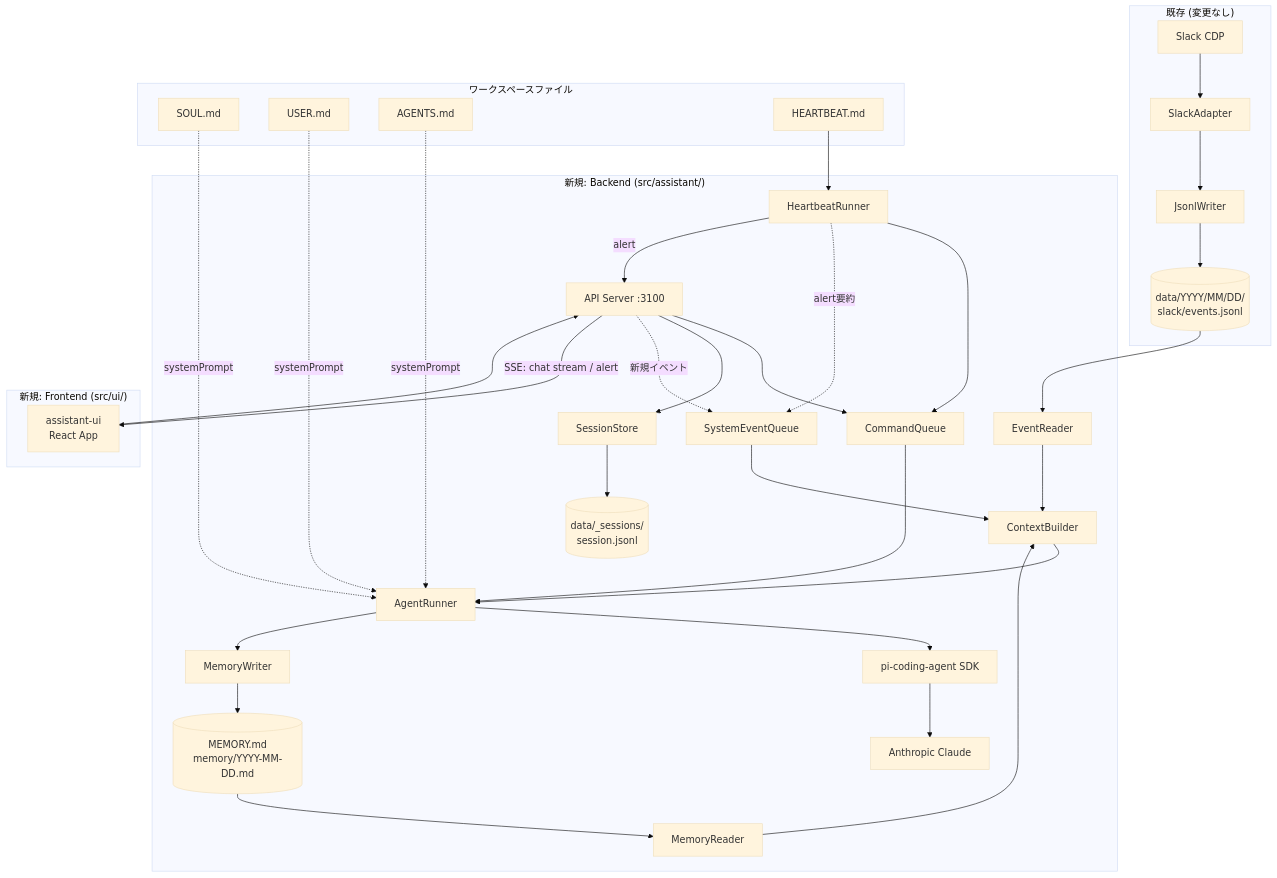
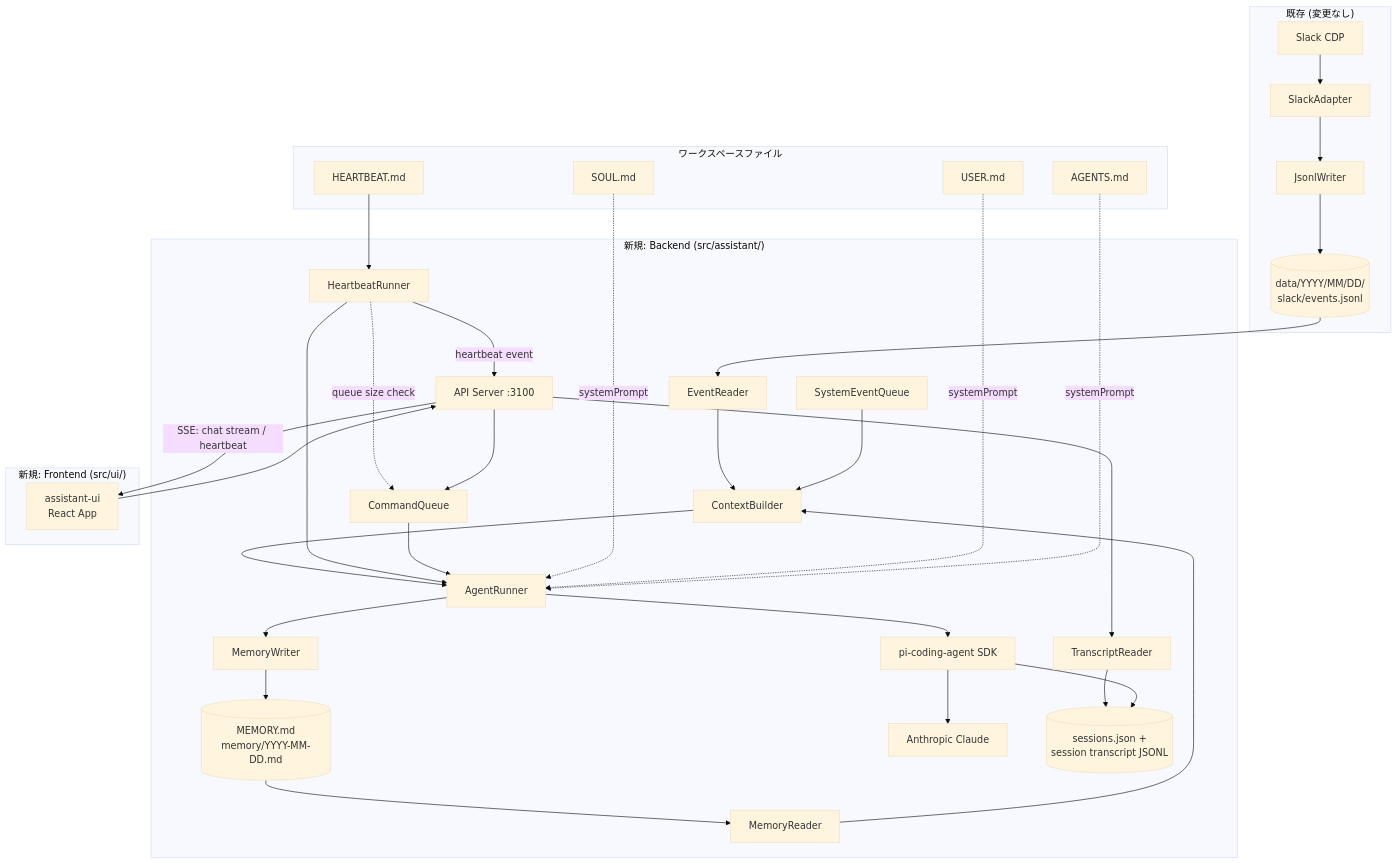
Before and after one commit to masahide/adjutant: the first of 5 diagrams in doc/plan/260214-s01-ai-assistant-mvp.md, drawn with Mermaid (base theme). The commit also changed other lines of this file, not shown here.

````diff
--- a/doc/plan/260214-s01-ai-assistant-mvp.md
+++ b/doc/plan/260214-s01-ai-assistant-mvp.md
@@ -955,46 +940,46 @@
 ```mermaid
 graph TD
     subgraph "既存 (変更なし)"
         CDP[Slack CDP] --> SA[SlackAdapter]
         SA --> JW[JsonlWriter]
         JW --> JSONL[(data/YYYY/MM/DD/<br/>slack/events.jsonl)]
     end
 
     subgraph "新規: Backend (src/assistant/)"
         JSONL --> ER[EventReader]
         ER --> CB[ContextBuilder]
         SEQ[SystemEventQueue] --> CB
         MEM[(MEMORY.md<br/>memory/YYYY-MM-DD.md)] --> MR[MemoryReader]
         MR --> CB
         CB --> AR[AgentRunner]
-        HB[HeartbeatRunner] --> CQ[CommandQueue]
+        HB[HeartbeatRunner] -. "queue size check" .-> CQ[CommandQueue]
+        HB --> AR
         API[API Server :3100] --> CQ
         CQ --> AR
         AR --> SDK["pi-coding-agent SDK"]
         SDK --> LLM[Anthropic Claude]
         AR --> MW[MemoryWriter]
         MW --> MEM
-        API --> SS[SessionStore]
-        SS --> SESS[(data/_sessions/<br/>session.jsonl)]
+        API --> TR[TranscriptReader]
+        TR --> SESS[(sessions.json +<br/>session transcript JSONL)]
+        SDK --> SESS
     end
 
     subgraph "新規: Frontend (src/ui/)"
         UI["assistant-ui<br/>React App"] --> API
     end
 
     subgraph "ワークスペースファイル"
         SOUL[SOUL.md]
         USER[USER.md]
         AGENTS[AGENTS.md]
         HBMD[HEARTBEAT.md]
     end
 
     SOUL -. "systemPrompt" .-> AR
     USER -. "systemPrompt" .-> AR
     AGENTS -. "systemPrompt" .-> AR
     HBMD --> HB
-    HB -. "alert要約" .-> SEQ
-    API -. "新規イベント" .-> SEQ
-    HB -- "alert" --> API
-    API -- "SSE: chat stream / alert" --> UI
+    HB -- "heartbeat event" --> API
+    API -- "SSE: chat stream / heartbeat" --> UI
 ```
````
